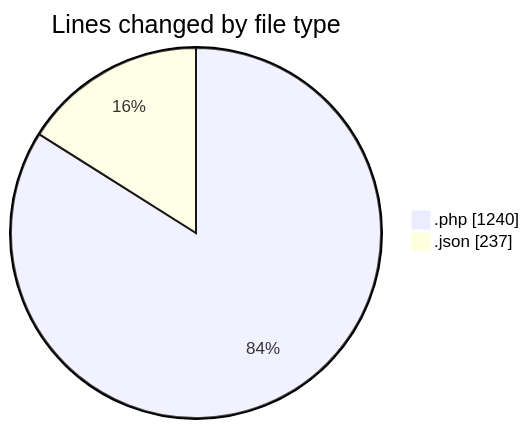
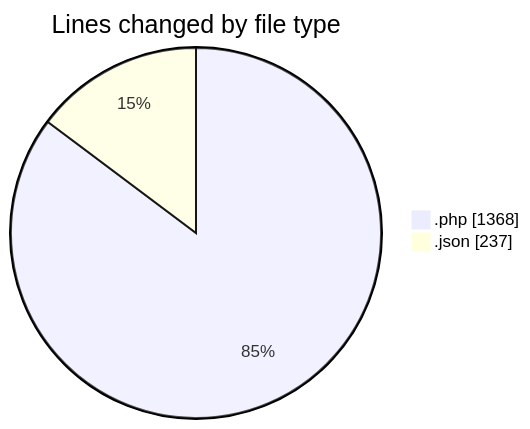
The first of 2 diagrams in 2025-06-13/studio-backend/README.md (idhammustaqopulfikri/code-tracking), drawn with Mermaid before and after one commit. The commit also changed other lines of this file and 1 other file, not shown here.

````diff
--- a/2025-06-13/studio-backend/README.md
+++ b/2025-06-13/studio-backend/README.md
@@ -30,6 +32,6 @@
 ```mermaid
 pie showData
 title Lines changed by file type
-".php" : 1240
+".php" : 1368
 ".json" : 237
 ```
````
